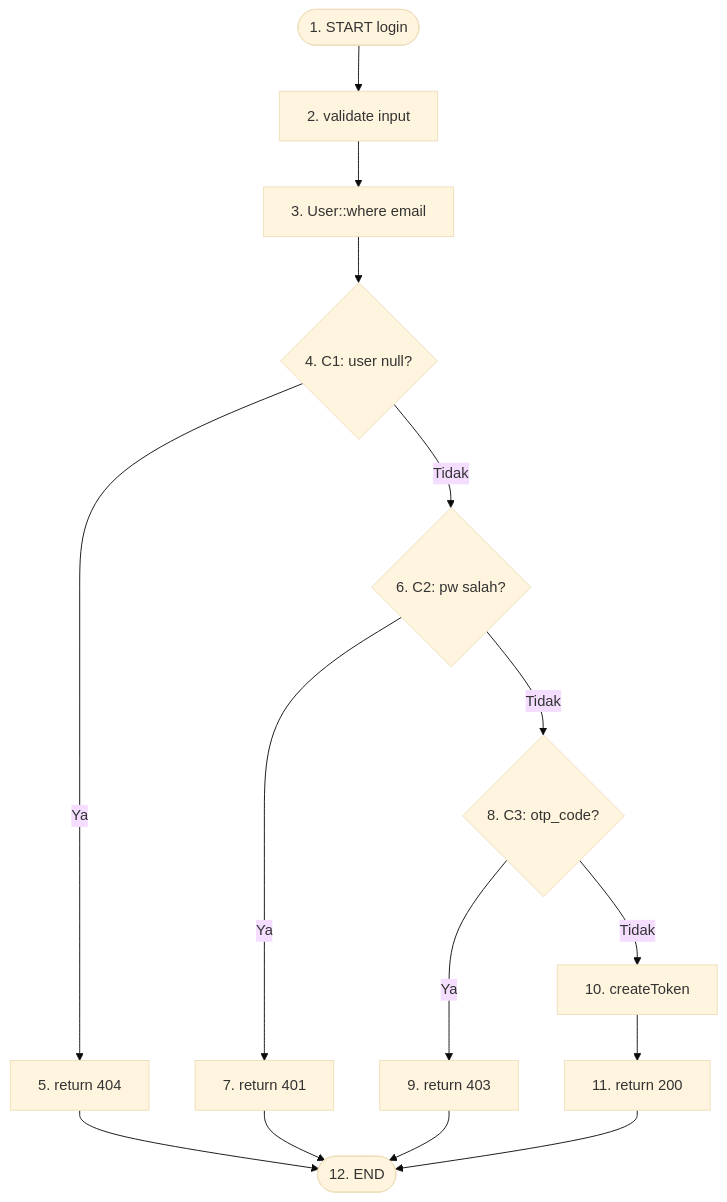
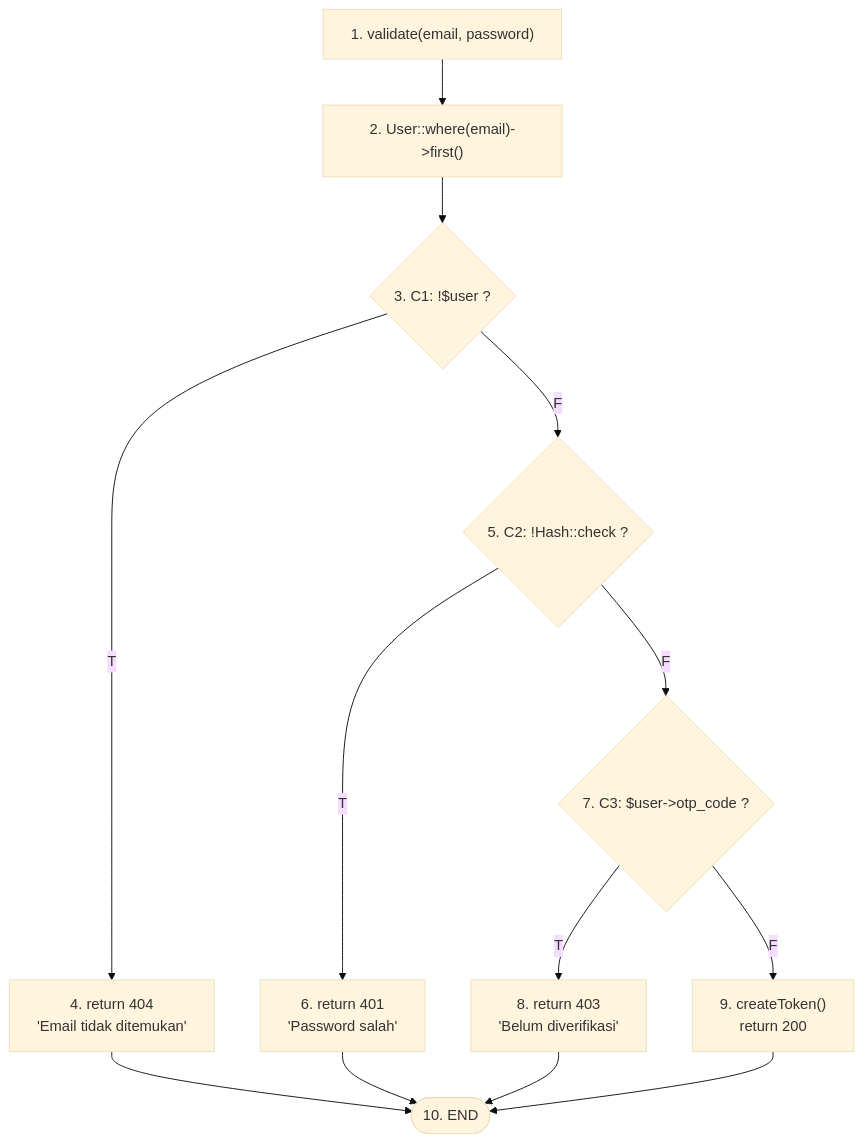
The first of 4 diagrams in Software Testing Documentation/White Box Testing/Basis_Path_Testing.md (JarJel/SQA-project), drawn with Mermaid (base theme) before and after one commit. The commit also changed other lines of this file, not shown here.

````diff
--- a/Software Testing Documentation/White Box Testing/Basis_Path_Testing.md
+++ b/Software Testing Documentation/White Box Testing/Basis_Path_Testing.md
@@ -32,14 +65,15 @@
 ```mermaid
 flowchart TD
-    1([1. START login]) --> 2[2. validate input]
-    2 --> 3[3. User::where email]
-    3 --> 4{4. C1: user null?}
-    4 -- Ya --> 5[5. return 404]
-    4 -- Tidak --> 6{6. C2: pw salah?}
-    6 -- Ya --> 7[7. return 401]
-    6 -- Tidak --> 8{8. C3: otp_code?}
-    8 -- Ya --> 9[9. return 403]
-    8 -- Tidak --> 10[10. createToken]
-    10 --> 11[11. return 200]
-    5 & 7 & 9 & 11 --> 12([12. END])
+    1["1. validate(email, password)"] --> 2["2. User::where(email)->first()"]
+    2 --> 3{"3. C1: !$user ?"}
+    3 -- T --> 4["4. return 404\n'Email tidak ditemukan'"]
+    3 -- F --> 5{"5. C2: !Hash::check ?"}
+    4 --> 10(["10. END"])
+    5 -- T --> 6["6. return 401\n'Password salah'"]
+    5 -- F --> 7{"7. C3: $user->otp_code ?"}
+    6 --> 10
+    7 -- T --> 8["8. return 403\n'Belum diverifikasi'"]
+    7 -- F --> 9["9. createToken()\nreturn 200"]
+    8 --> 10
+    9 --> 10
 ```
````
